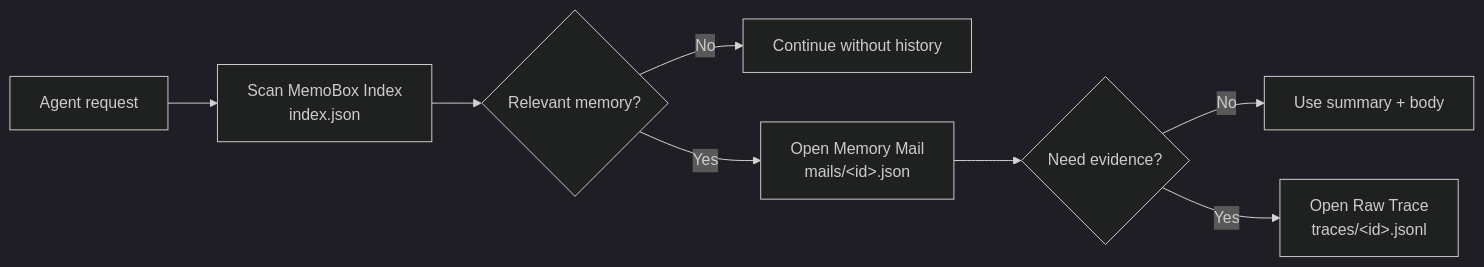
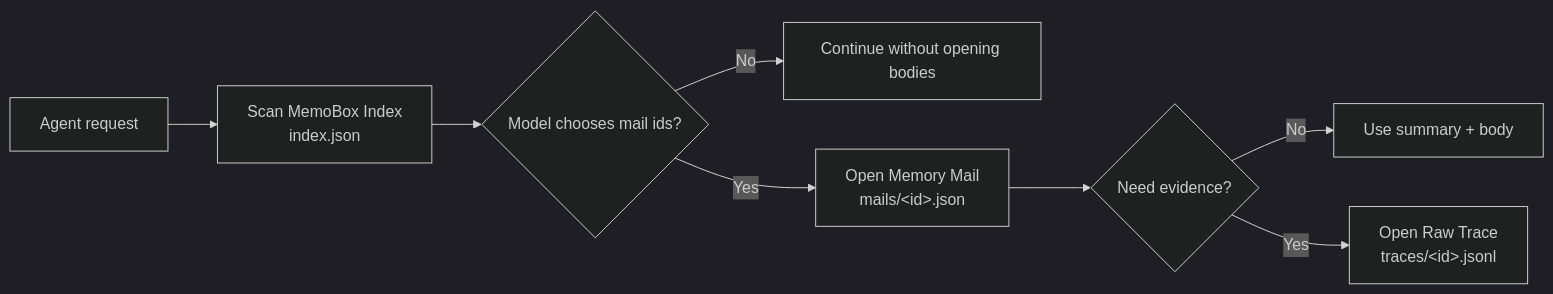
The diagram in README-EN.md (study8677/memobox), drawn with Mermaid (dark theme) before and after one commit. The commit also changed other lines of this file and 11 other files, not shown here.

````diff
--- a/README-EN.md
+++ b/README-EN.md
@@ -118,10 +118,10 @@
 ```mermaid
 flowchart LR
     A["Agent request"] --> B["Scan MemoBox Index<br/>index.json"]
-    B --> C{"Relevant memory?"}
-    C -- "No" --> D["Continue without history"]
+    B --> C{"Model chooses mail ids?"}
+    C -- "No" --> D["Continue without opening bodies"]
     C -- "Yes" --> E["Open Memory Mail<br/>mails/&lt;id&gt;.json"]
     E --> F{"Need evidence?"}
     F -- "No" --> G["Use summary + body"]
     F -- "Yes" --> H["Open Raw Trace<br/>traces/&lt;id&gt;.jsonl"]
 ```
````
